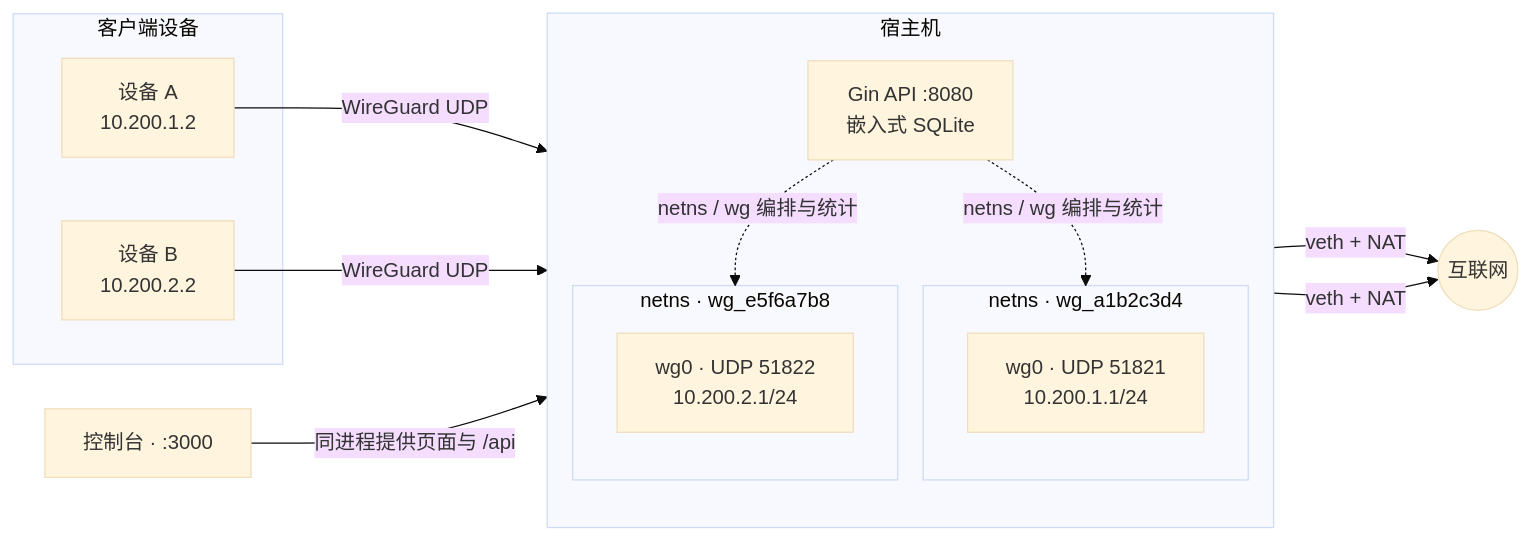
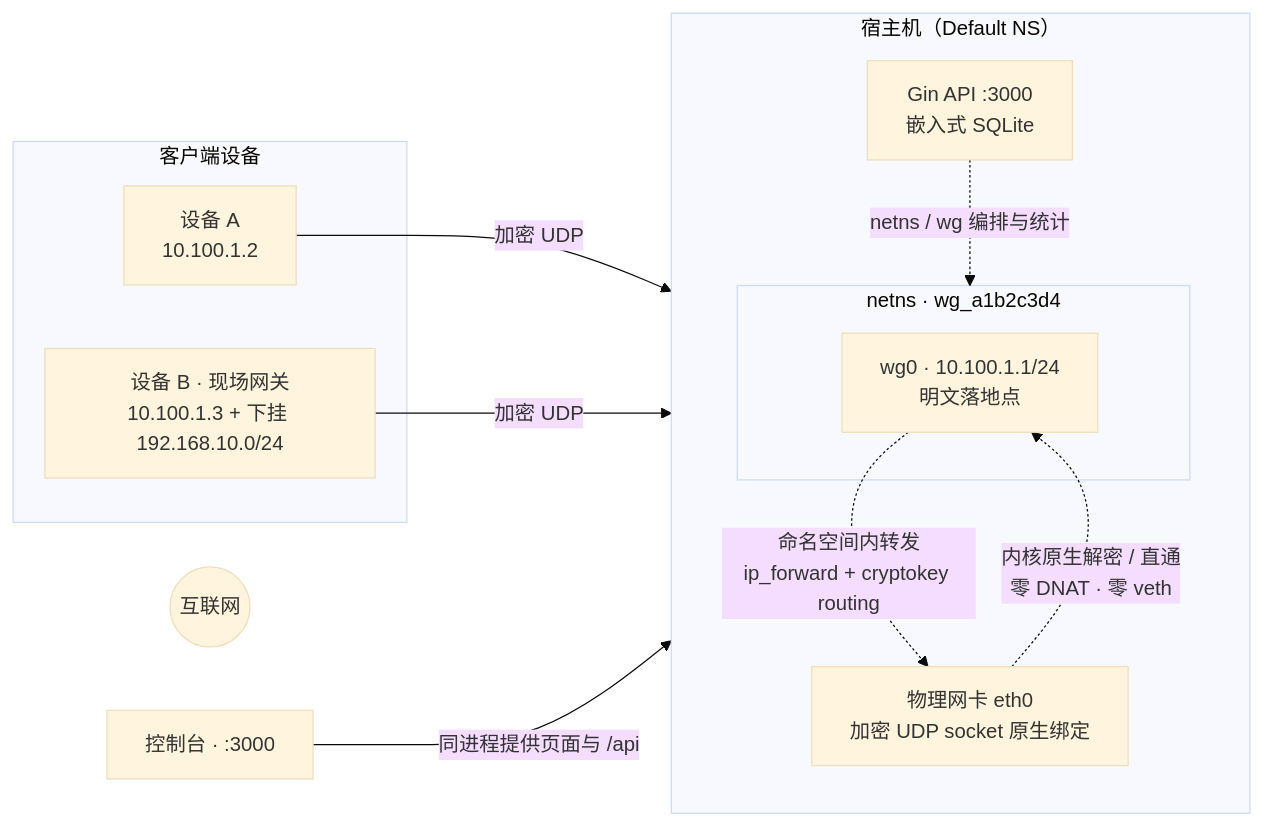
The diagram in README.md (ChouHX/WireguardManager), drawn with Mermaid (base theme) before and after one commit. The commit also changed other lines of this file and 11 other files, not shown here.

First line of the commit message:
feat(netns): 隧道改为内核原生跨命名空间，移除 veth + DNAT

````diff
--- a/README.md
+++ b/README.md
@@ -44,29 +46,26 @@
 ```mermaid
 flowchart LR
   subgraph clients["客户端设备"]
-    D1["设备 A<br/>10.200.1.2"]
-    D2["设备 B<br/>10.200.2.2"]
+    D1["设备 A<br/>10.100.1.2"]
+    D2["设备 B · 现场网关<br/>10.100.1.3 + 下挂 192.168.10.0/24"]
   end
 
-  subgraph host["宿主机"]
+  subgraph host["宿主机（Default NS）"]
     direction TB
+    ETH["物理网卡 eth0<br/>加密 UDP socket 原生绑定"]
     subgraph ns1["netns · wg_a1b2c3d4"]
-      W1["wg0 · UDP 51821<br/>10.200.1.1/24"]
+      W1["wg0 · 10.100.1.1/24<br/>明文落地点"]
     end
-    subgraph ns2["netns · wg_e5f6a7b8"]
-      W2["wg0 · UDP 51822<br/>10.200.2.1/24"]
-    end
-    API["Gin API :8080<br/>嵌入式 SQLite"]
+    API["Gin API :3000<br/>嵌入式 SQLite"]
   end
 
   WEB["控制台 · :3000"]
   INET((互联网))
 
-  D1 -- "WireGuard UDP" --> W1
-  D2 -- "WireGuard UDP" --> W2
-  W1 -- "veth + NAT" --> INET
-  W2 -- "veth + NAT" --> INET
+  D1 -- "加密 UDP" --> ETH
+  D2 -- "加密 UDP" --> ETH
+  ETH -. "内核原生解密 / 直通<br/>零 DNAT · 零 veth" .-> W1
+  W1 -. "命名空间内转发<br/>ip_forward + cryptokey routing" .-> ETH
   WEB -- "同进程提供页面与 /api" --> API
   API -. "netns / wg 编排与统计" .-> ns1
-  API -. "netns / wg 编排与统计" .-> ns2
 ```
````
